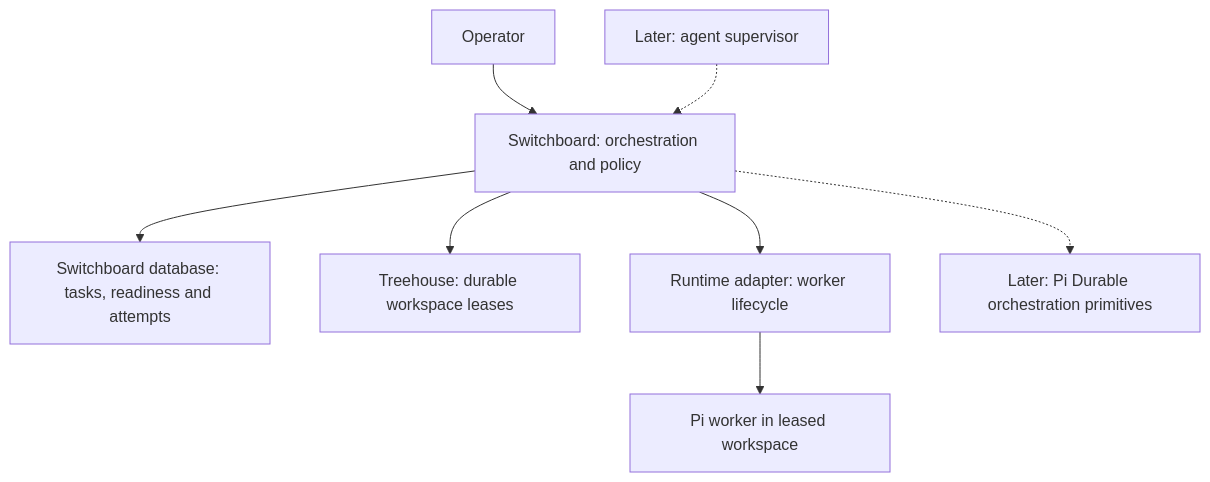
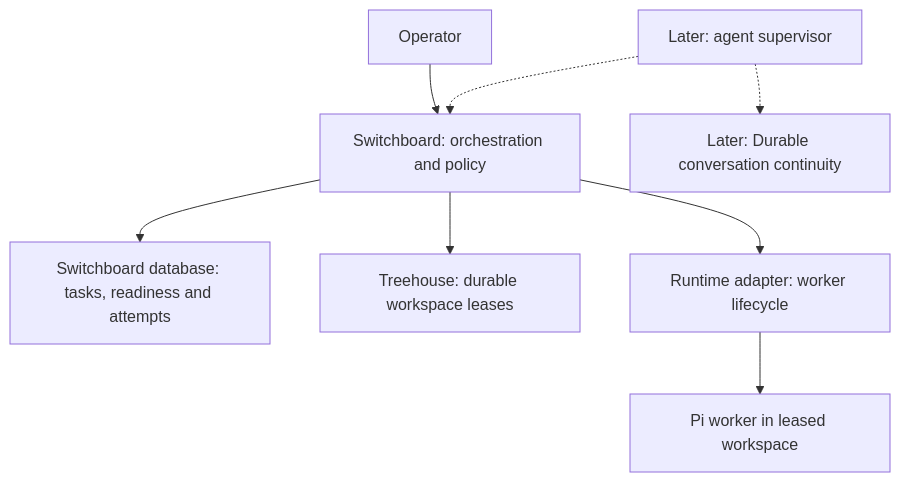
The diagram in docs/architecture.md (nickcox/switchboard), drawn with Mermaid before and after one commit. The commit also changed other lines of this file and 9 other files, not shown here.

Commit message:
Provisionally select Durable for supervisor continuity

````diff
--- a/docs/architecture.md
+++ b/docs/architecture.md
@@ -19,10 +19,10 @@
 ```mermaid
 flowchart TD
     Operator[Operator] --> Switchboard[Switchboard: orchestration and policy]
     Switchboard --> Database[Switchboard database: tasks, readiness and attempts]
     Switchboard --> Treehouse[Treehouse: durable workspace leases]
     Switchboard --> Runtime[Runtime adapter: worker lifecycle]
     Runtime --> Pi[Pi worker in leased workspace]
     Supervisor[Later: agent supervisor] -.-> Switchboard
-    Switchboard -.-> Durable[Later: Pi Durable orchestration primitives]
+    Supervisor -.-> Durable[Later: Durable conversation continuity]
 ```
````
